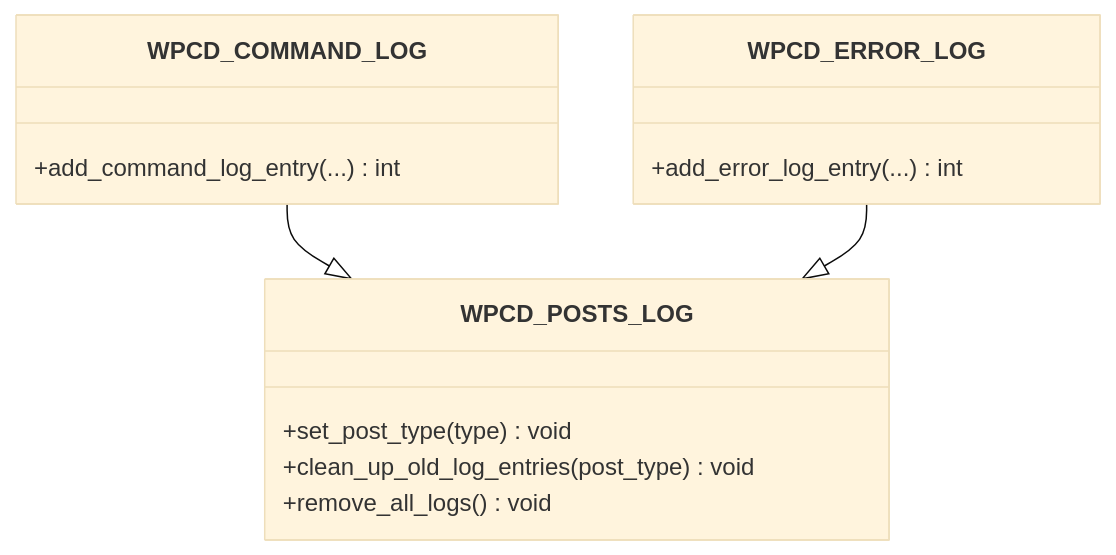
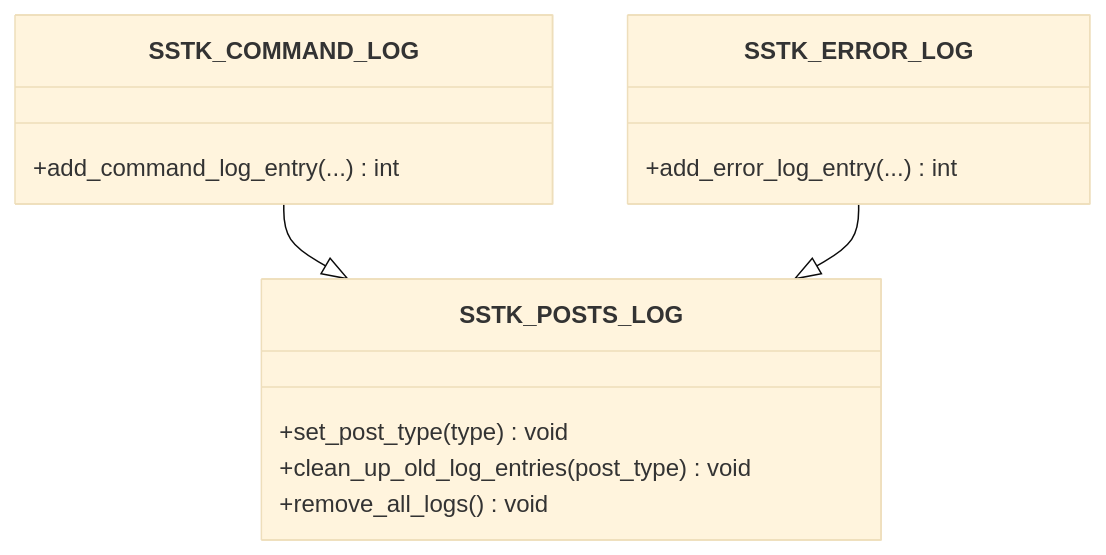
The seventh of 10 diagrams in .qoder/repowiki/en/content/Core Components/Data Models & Post Types.md (onedogsolutions/simple-stack), drawn with Mermaid (base theme) before and after one commit. The commit also changed other lines of this file and 5941 other files, not shown here.

````diff
--- a/.qoder/repowiki/en/content/Core Components/Data Models & Post Types.md
+++ b/.qoder/repowiki/en/content/Core Components/Data Models & Post Types.md
@@ -235,16 +235,16 @@
 ```mermaid
 classDiagram
-class WPCD_POSTS_LOG {
+class SSTK_POSTS_LOG {
 +set_post_type(type) void
 +clean_up_old_log_entries(post_type) void
 +remove_all_logs() void
 }
-class WPCD_COMMAND_LOG {
+class SSTK_COMMAND_LOG {
 +add_command_log_entry(...) int
 }
-class WPCD_ERROR_LOG {
+class SSTK_ERROR_LOG {
 +add_error_log_entry(...) int
 }
-WPCD_COMMAND_LOG --|> WPCD_POSTS_LOG
-WPCD_ERROR_LOG --|> WPCD_POSTS_LOG
+SSTK_COMMAND_LOG --|> SSTK_POSTS_LOG
+SSTK_ERROR_LOG --|> SSTK_POSTS_LOG
 ```
````
